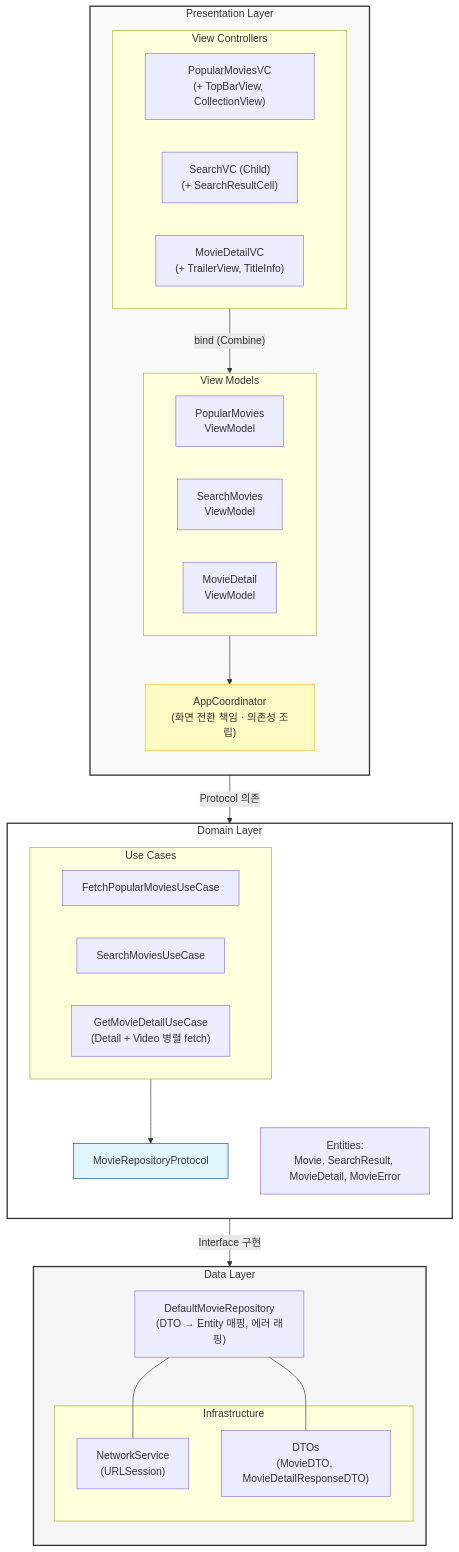
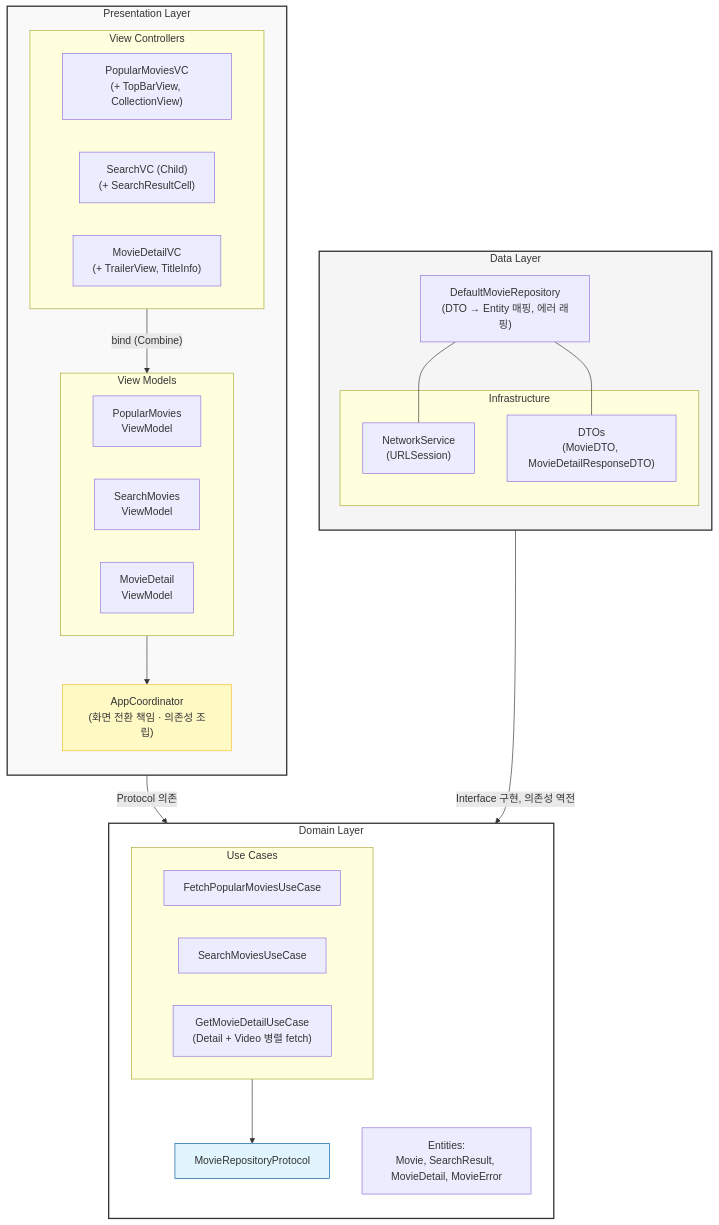
The diagram in README.md (GRJeon/Movie-Explorer), drawn with Mermaid before and after one commit.

Commit message:
docs: fix diagram

````diff
--- a/README.md
+++ b/README.md
@@ -44,63 +44,63 @@
 ```mermaid
 graph TD
     %% Presentation Layer
     subgraph Presentation ["Presentation Layer"]
         direction TB
         subgraph VCs ["View Controllers"]
             PVC["PopularMoviesVC<br/>(+ TopBarView, CollectionView)"]
             SVC["SearchVC (Child)<br/>(+ SearchResultCell)"]
             DVC["MovieDetailVC<br/>(+ TrailerView, TitleInfo)"]
         end
 
         subgraph VMs ["View Models"]
             PVM["PopularMovies<br/>ViewModel"]
             SVM["SearchMovies<br/>ViewModel"]
             DVM["MovieDetail<br/>ViewModel"]
         end
 
         Coord["AppCoordinator<br/>(화면 전환 책임 · 의존성 조립)"]
 
         VCs -- "bind (Combine)" --> VMs
         VMs --> Coord
     end
 
     %% Domain Layer
     subgraph Domain ["Domain Layer"]
         direction TB
         subgraph UseCases ["Use Cases"]
             PUC["FetchPopularMoviesUseCase"]
             SUC["SearchMoviesUseCase"]
             GUC["GetMovieDetailUseCase<br/>(Detail + Video 병렬 fetch)"]
         end
 
         RepoP["MovieRepositoryProtocol"]
         Entities["Entities:<br/>Movie, SearchResult, MovieDetail, MovieError"]
 
         UseCases --> RepoP
     end
 
     %% Data Layer
     subgraph Data ["Data Layer"]
         direction TB
         RepoI["DefaultMovieRepository<br/>(DTO → Entity 매핑, 에러 래핑)"]
         
         subgraph Infra ["Infrastructure"]
             Net["NetworkService<br/>(URLSession)"]
             DTOs["DTOs<br/>(MovieDTO, MovieDetailResponseDTO)"]
         end
 
         RepoI --- Net
         RepoI --- DTOs
     end
 
     %% Cross-Layer Dependencies
     Presentation -- "Protocol 의존" --> Domain
-    Domain -- "Interface 구현" --> Data
+    Data -- "Interface 구현, 의존성 역전" --> Domain
 
     %% Styling
     style Presentation fill:#f9f9f9,stroke:#333,stroke-width:2px
     style Domain fill:#fff,stroke:#333,stroke-width:2px
     style Data fill:#f5f5f5,stroke:#333,stroke-width:2px
     style RepoP fill:#e1f5fe,stroke:#01579b
     style Coord fill:#fff9c4,stroke:#fbc02d
 ```
````
